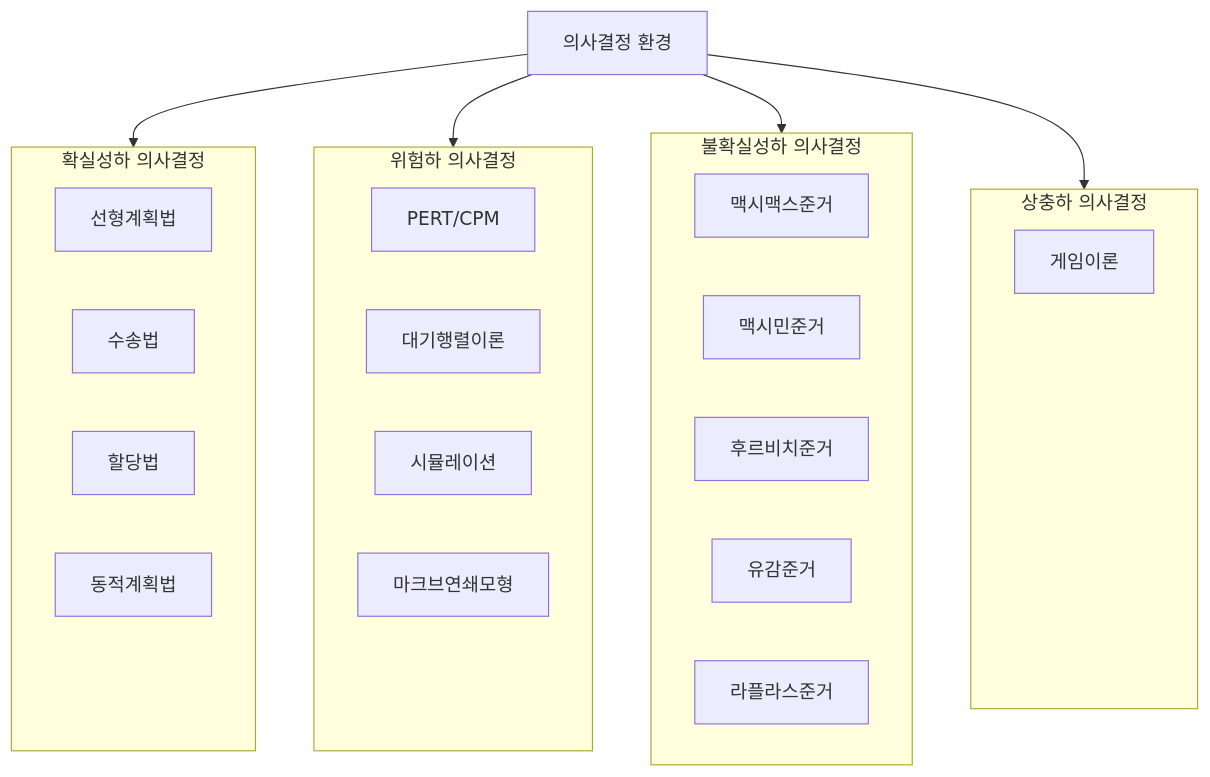
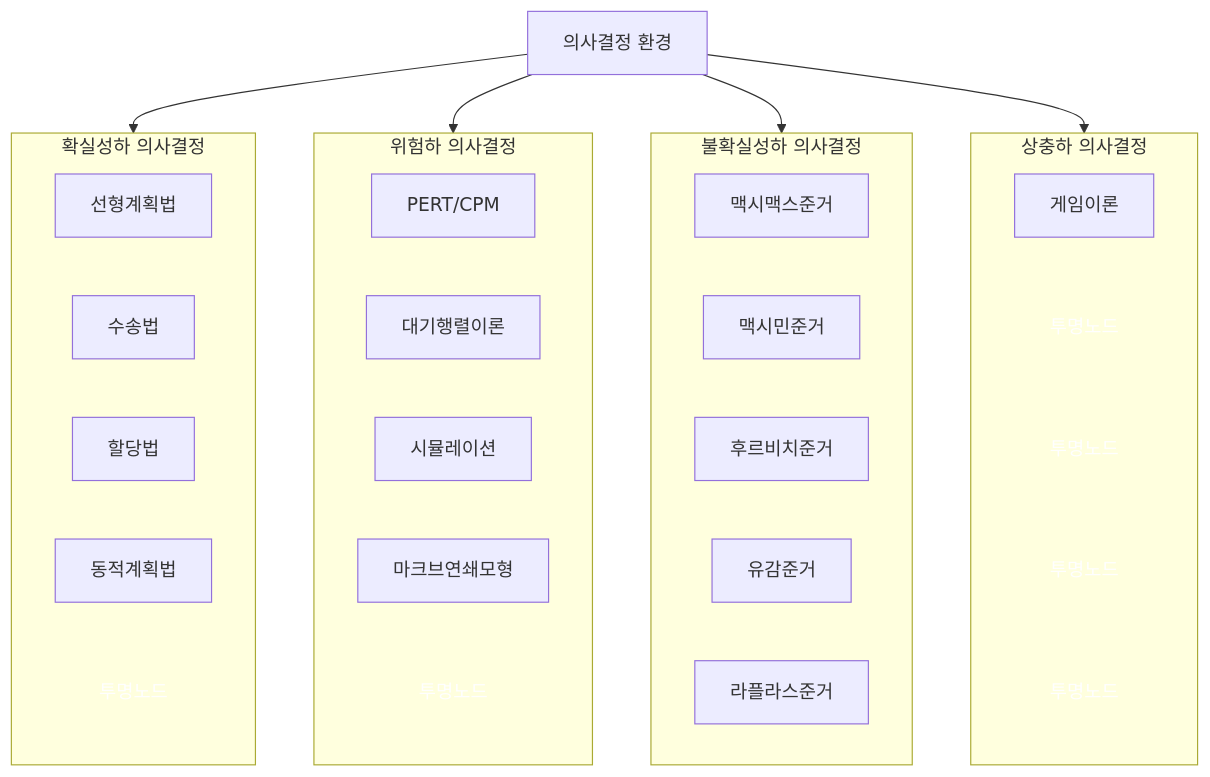
One commit to yeonkyupark/pepc2e changed the eighth of 13 diagrams in 1002경영과학.qmd. Above: the diagram before and after it, drawn with Mermaid. The commit also changed other lines of this file, not shown here.

````diff
--- a/1002경영과학.qmd
+++ b/1002경영과학.qmd
@@ -331,49 +336,49 @@
 ```{mermaid}
 flowchart TD
 
     00[의사결정 환경]
 
     subgraph s10[확실성하 의사결정]
     direction LR
         선형계획법
         수송법
         할당법
         동적계획법
-        s11[　] 
-        style s11 fill:transparent,stroke:none
+        s11[투명노드] 
+        style s11 fill:transparent,stroke:none,color:#fff,opacity:0
     end 
 
     subgraph s20[위험하 의사결정]
     direction LR
         s29[PERT/CPM]
         대기행렬이론
         시뮬레이션
         마크브연쇄모형
-        s21[　] 
-        style s21 fill:transparent,stroke:none
+        s21[투명노드] 
+        style s21 fill:transparent,stroke:none,color:#fff,opacity:0
     end
 
     subgraph s30[불확실성하 의사결정]
     direction LR
         맥시맥스준거
         맥시민준거
         후르비치준거
         유감준거
         라플라스준거
     end
 
     subgraph s40[상충하 의사결정]
     direction LR
         게임이론
-        s41["　"] 
-        s42["　"] 
-        s43["　"] 
-        s44["　"] 
-        style s41 fill:transparent,stroke:none
-        style s42 fill:transparent,stroke:none
-        style s43 fill:transparent,stroke:none
-        style s44 fill:transparent,stroke:none
+        s41["투명노드"] 
+        s42["투명노드"] 
+        s43["투명노드"] 
+        s44["투명노드"] 
+        style s41 fill:transparent,stroke:none,color:#fff,opacity:0
+        style s42 fill:transparent,stroke:none,color:#fff,opacity:0
+        style s43 fill:transparent,stroke:none,color:#fff,opacity:0
+        style s44 fill:transparent,stroke:none,color:#fff,opacity:0
     end
 
     00 --> s10 & s20 & s30 & s40
 ```
````
